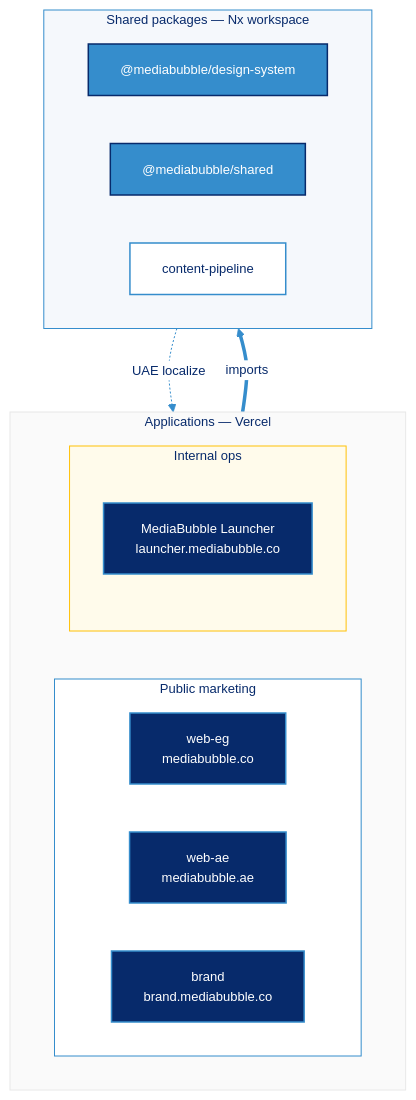
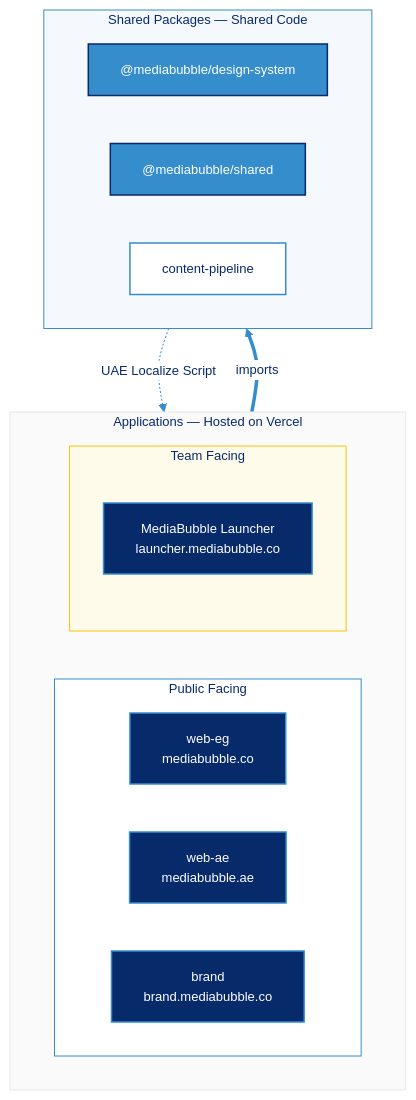
The second of 2 diagrams in packages/design-system/dist/README.md (mediabubble-adv/mediaBubble), drawn with Mermaid before and after one commit. The commit also changed other lines of this file and 14 other files, not shown here.

````diff
--- a/packages/design-system/dist/README.md
+++ b/packages/design-system/dist/README.md
@@ -99,39 +178,39 @@
 ```mermaid
 %%{init: {"theme":"base","themeVariables":{"fontFamily":"Poppins, Inter, system-ui, sans-serif","fontSize":"13px","lineColor":"#358DCC","primaryTextColor":"#072A6B","primaryBorderColor":"#358DCC","clusterBkg":"#FAFAFA","clusterBorder":"#E8E8E8","titleColor":"#072A6B","edgeLabelBackground":"#FFFFFF"},"flowchart":{"curve":"monotoneY","nodeSpacing":48,"rankSpacing":64,"padding":16}}}%%
 flowchart TB
-  subgraph apps ["Applications — Vercel"]
+  subgraph apps ["Applications — Hosted on Vercel"]
     direction LR
-    subgraph public ["Public marketing"]
+    subgraph public ["Public Facing"]
       direction LR
       EG["web-eg<br/>mediabubble.co"]
       AE["web-ae<br/>mediabubble.ae"]
       BR["brand<br/>brand.mediabubble.co"]
     end
-    subgraph internal ["Internal ops"]
+    subgraph internal ["Team Facing"]
       LA["MediaBubble Launcher<br/>launcher.mediabubble.co"]
     end
   end
 
-  subgraph packages ["Shared packages — Nx workspace"]
+  subgraph packages ["Shared Packages — Shared Code"]
     direction LR
     DS["@mediabubble/design-system"]
     SH["@mediabubble/shared"]
     CP["content-pipeline"]
   end
 
   apps ==>|imports| packages
-  CP -.->|UAE localize| AE
+  CP -.->|UAE Localize Script| AE
 
   classDef app fill:#072A6B,stroke:#358DCC,color:#FFFFFF,stroke-width:1.5px
   classDef pkg fill:#358DCC,stroke:#072A6B,color:#FFFFFF,stroke-width:1.5px
   classDef pipe fill:#FFFFFF,stroke:#358DCC,color:#072A6B,stroke-width:1.5px
 
   class EG,AE,BR,LA app
   class DS,SH pkg
   class CP pipe
 
   style apps fill:#FAFAFA,stroke:#E8E8E8,color:#072A6B
   style public fill:#FFFFFF,stroke:#358DCC,color:#072A6B
   style internal fill:#FFFBEB,stroke:#FFC107,color:#072A6B
   style packages fill:#F5F8FC,stroke:#358DCC,color:#072A6B
 ```
````
